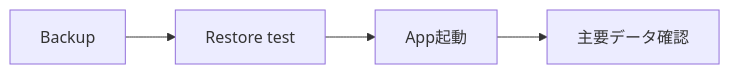
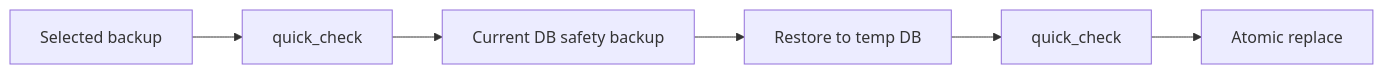
The fifth of 5 diagrams in docs/SQLITE-SETUP.md (k-systems202208/python-sqlite-tailscale-webapp-template), drawn with Mermaid before and after one commit. The commit also changed other lines of this file and 42 other files, not shown here.

````diff
--- a/docs/SQLITE-SETUP.md
+++ b/docs/SQLITE-SETUP.md
@@ -142,6 +212,8 @@
 ```mermaid
 flowchart LR
-    B["Backup"] --> R["Restore test"]
-    R --> A["App起動"]
-    A --> C["主要データ確認"]
+    B["Selected backup"] --> C["quick_check"]
+    C --> S["Current DB safety backup"]
+    S --> R["Restore to temp DB"]
+    R --> V["quick_check"]
+    V --> A["Atomic replace"]
 ```
````
